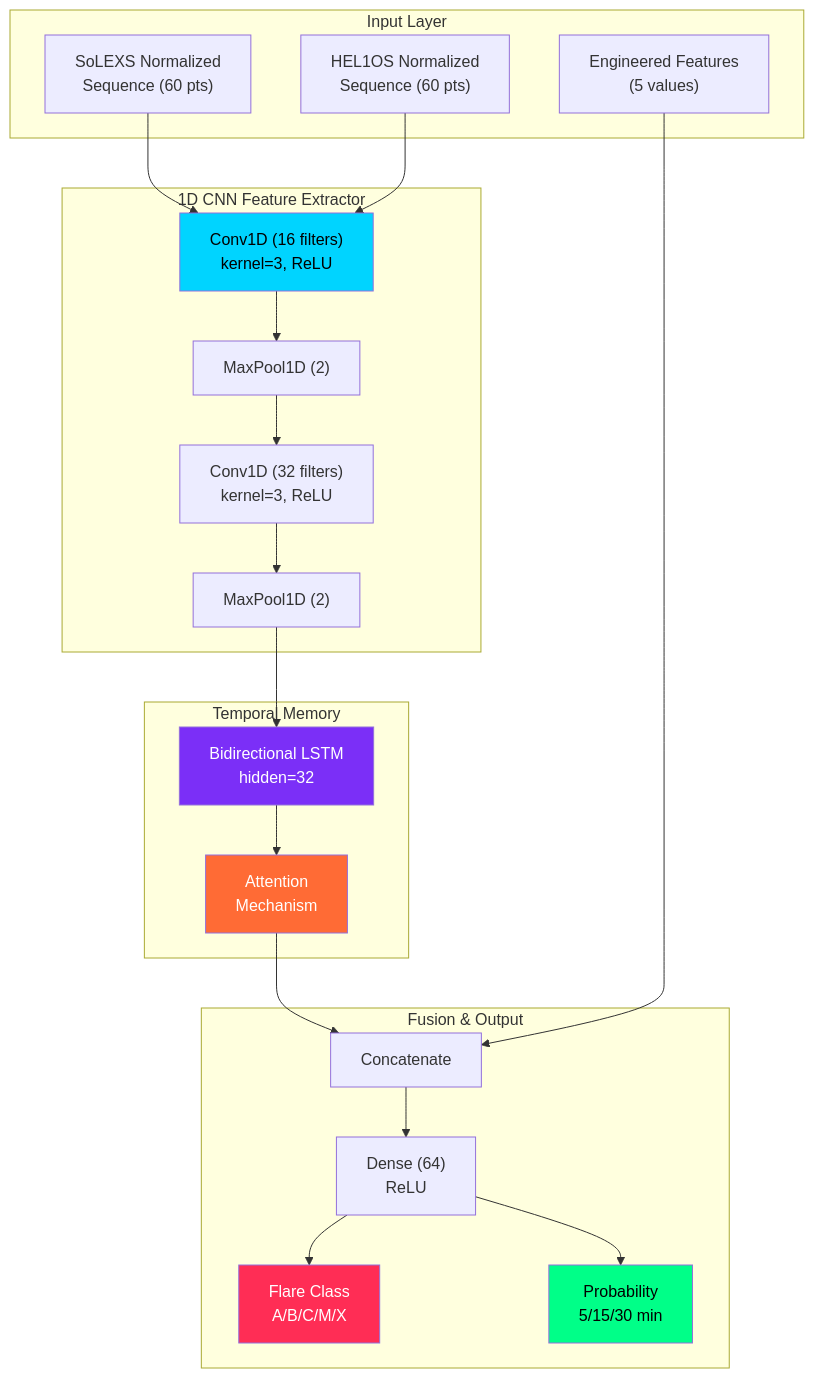
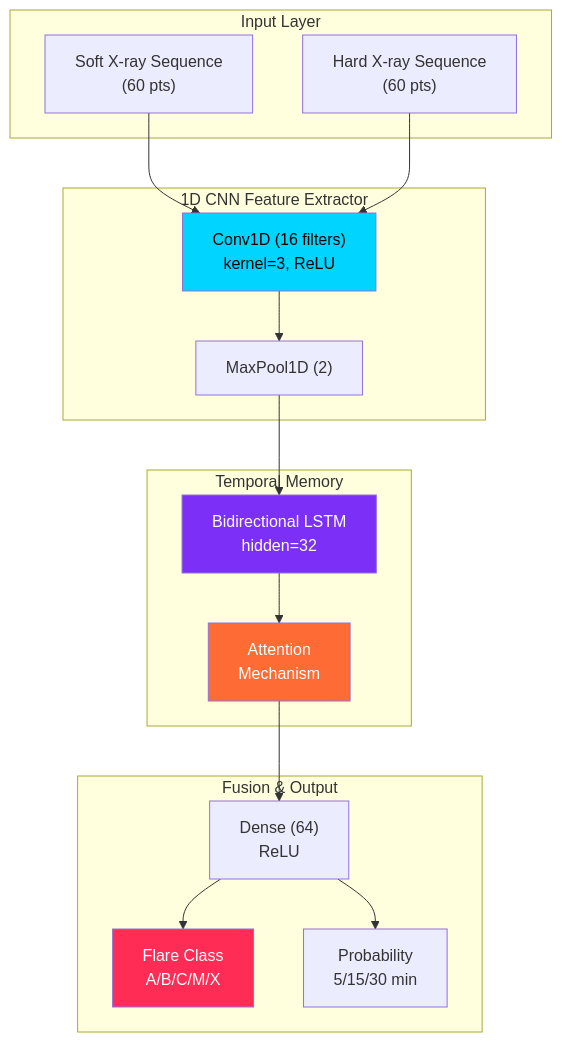
One commit to SudiptaSanki/SuryaShield-AI changed the third of 4 diagrams in README.md. Above: the diagram before and after it, drawn with Mermaid. The commit also changed other lines of this file and 2 other files, not shown here.

Commit message:
docs: update README with detailed real-time pipeline explanations and mermaid diagrams

````diff
--- a/README.md
+++ b/README.md
@@ -144,35 +119,29 @@
 ```mermaid
 graph TD
     subgraph "Input Layer"
-        A["SoLEXS Normalized<br/>Sequence (60 pts)"]
-        B["HEL1OS Normalized<br/>Sequence (60 pts)"]
-        C["Engineered Features<br/>(5 values)"]
+        A["Soft X-ray Sequence<br/>(60 pts)"]
+        B["Hard X-ray Sequence<br/>(60 pts)"]
     end
 
     subgraph "1D CNN Feature Extractor"
         A --> D["Conv1D (16 filters)<br/>kernel=3, ReLU"]
         B --> D
         D --> E["MaxPool1D (2)"]
-        E --> F["Conv1D (32 filters)<br/>kernel=3, ReLU"]
-        F --> G["MaxPool1D (2)"]
     end
 
     subgraph "Temporal Memory"
-        G --> H["Bidirectional LSTM<br/>hidden=32"]
+        E --> H["Bidirectional LSTM<br/>hidden=32"]
         H --> I["Attention<br/>Mechanism"]
     end
 
     subgraph "Fusion & Output"
-        I --> J["Concatenate"]
-        C --> J
-        J --> K["Dense (64)<br/>ReLU"]
+        I --> K["Dense (64)<br/>ReLU"]
         K --> L["Flare Class<br/>A/B/C/M/X"]
         K --> M["Probability<br/>5/15/30 min"]
     end
 
     style D fill:#00d4ff,color:#000
     style H fill:#7b2ff7,color:#fff
     style I fill:#ff6b35,color:#fff
     style L fill:#ff2d55,color:#fff
-    style M fill:#00ff88,color:#000
 ```
````
